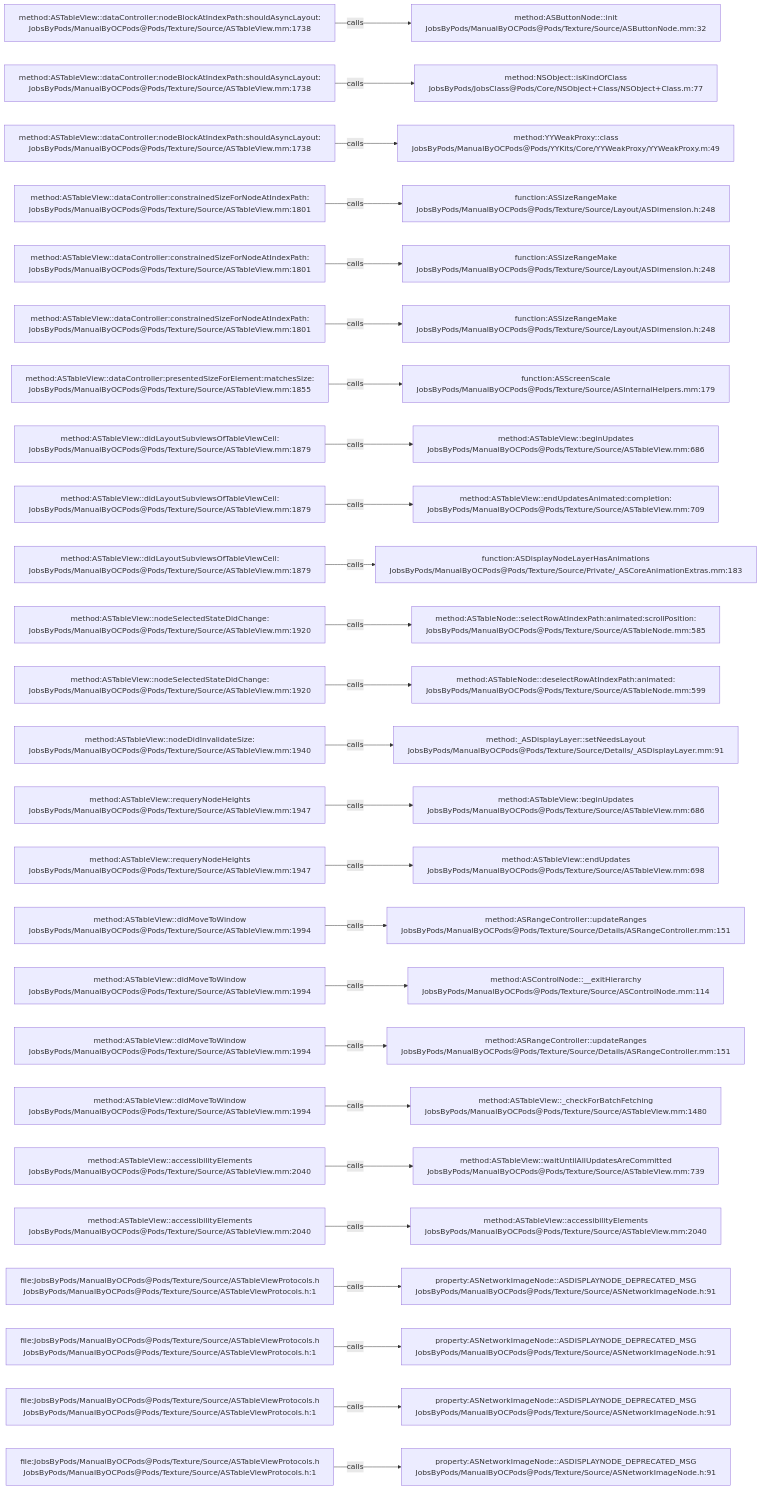
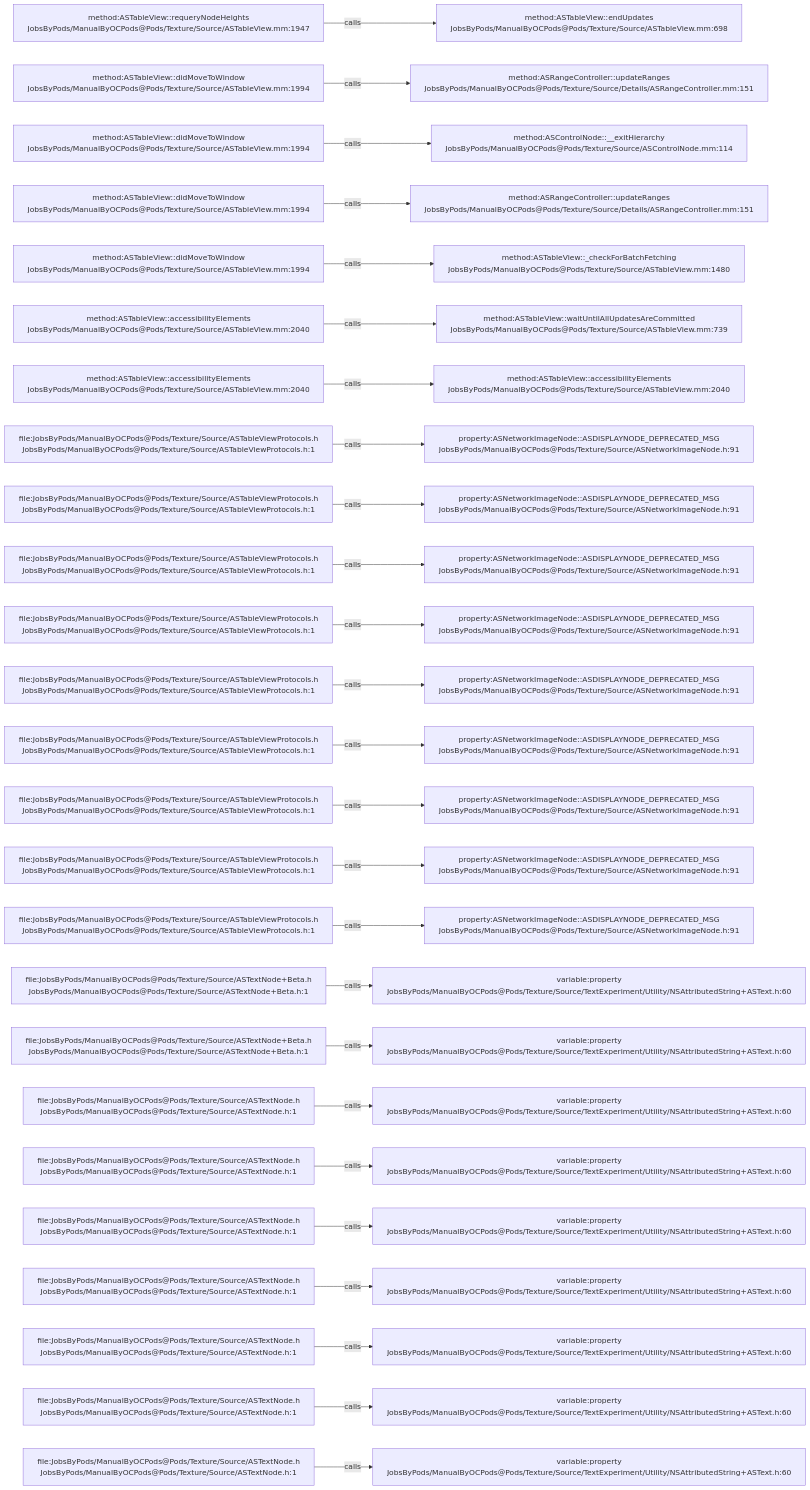
The diagram in .codegraph/codegraph.md/graphs/calls-133.md (JobsKits/JobsOCBaseConfigDemo), drawn with Mermaid before and after one commit. The commit also changed 296 other files, not shown here.

````diff
--- a/.codegraph/codegraph.md/graphs/calls-133.md
+++ b/.codegraph/codegraph.md/graphs/calls-133.md
@@ -13,78 +13,78 @@
 ```mermaid
 flowchart LR
-  S1["method:ASTableView::dataController:nodeBlockAtIndexPath:shouldAsyncLayout:<br/>JobsByPods/ManualByOCPods@Pods/Texture/Source/ASTableView.mm:1738"]
-  T1["method:ASButtonNode::init<br/>JobsByPods/ManualByOCPods@Pods/Texture/Source/ASButtonNode.mm:32"]
+  S1["method:ASTableView::requeryNodeHeights<br/>JobsByPods/ManualByOCPods@Pods/Texture/Source/ASTableView.mm:1947"]
+  T1["method:ASTableView::endUpdates<br/>JobsByPods/ManualByOCPods@Pods/Texture/Source/ASTableView.mm:698"]
   S1 -->|calls| T1
-  S2["method:ASTableView::dataController:nodeBlockAtIndexPath:shouldAsyncLayout:<br/>JobsByPods/ManualByOCPods@Pods/Texture/Source/ASTableView.mm:1738"]
-  T2["method:NSObject::isKindOfClass<br/>JobsByPods/JobsClass@Pods/Core/NSObject+Class/NSObject+Class.m:77"]
+  S2["method:ASTableView::didMoveToWindow<br/>JobsByPods/ManualByOCPods@Pods/Texture/Source/ASTableView.mm:1994"]
+  T2["method:ASRangeController::updateRanges<br/>JobsByPods/ManualByOCPods@Pods/Texture/Source/Details/ASRangeController.mm:151"]
   S2 -->|calls| T2
-  S3["method:ASTableView::dataController:nodeBlockAtIndexPath:shouldAsyncLayout:<br/>JobsByPods/ManualByOCPods@Pods/Texture/Source/ASTableView.mm:1738"]
-  T3["method:YYWeakProxy::class<br/>JobsByPods/ManualByOCPods@Pods/YYKits/Core/YYWeakProxy/YYWeakProxy.m:49"]
+  S3["method:ASTableView::didMoveToWindow<br/>JobsByPods/ManualByOCPods@Pods/Texture/Source/ASTableView.mm:1994"]
+  T3["method:ASControlNode::__exitHierarchy<br/>JobsByPods/ManualByOCPods@Pods/Texture/Source/ASControlNode.mm:114"]
   S3 -->|calls| T3
-  S4["method:ASTableView::dataController:constrainedSizeForNodeAtIndexPath:<br/>JobsByPods/ManualByOCPods@Pods/Texture/Source/ASTableView.mm:1801"]
-  T4["function:ASSizeRangeMake<br/>JobsByPods/ManualByOCPods@Pods/Texture/Source/Layout/ASDimension.h:248"]
+  S4["method:ASTableView::didMoveToWindow<br/>JobsByPods/ManualByOCPods@Pods/Texture/Source/ASTableView.mm:1994"]
+  T4["method:ASRangeController::updateRanges<br/>JobsByPods/ManualByOCPods@Pods/Texture/Source/Details/ASRangeController.mm:151"]
   S4 -->|calls| T4
-  S5["method:ASTableView::dataController:constrainedSizeForNodeAtIndexPath:<br/>JobsByPods/ManualByOCPods@Pods/Texture/Source/ASTableView.mm:1801"]
-  T5["function:ASSizeRangeMake<br/>JobsByPods/ManualByOCPods@Pods/Texture/Source/Layout/ASDimension.h:248"]
+  S5["method:ASTableView::didMoveToWindow<br/>JobsByPods/ManualByOCPods@Pods/Texture/Source/ASTableView.mm:1994"]
+  T5["method:ASTableView::_checkForBatchFetching<br/>JobsByPods/ManualByOCPods@Pods/Texture/Source/ASTableView.mm:1480"]
   S5 -->|calls| T5
-  S6["method:ASTableView::dataController:constrainedSizeForNodeAtIndexPath:<br/>JobsByPods/ManualByOCPods@Pods/Texture/Source/ASTableView.mm:1801"]
-  T6["function:ASSizeRangeMake<br/>JobsByPods/ManualByOCPods@Pods/Texture/Source/Layout/ASDimension.h:248"]
+  S6["method:ASTableView::accessibilityElements<br/>JobsByPods/ManualByOCPods@Pods/Texture/Source/ASTableView.mm:2040"]
+  T6["method:ASTableView::waitUntilAllUpdatesAreCommitted<br/>JobsByPods/ManualByOCPods@Pods/Texture/Source/ASTableView.mm:739"]
   S6 -->|calls| T6
-  S7["method:ASTableView::dataController:presentedSizeForElement:matchesSize:<br/>JobsByPods/ManualByOCPods@Pods/Texture/Source/ASTableView.mm:1855"]
-  T7["function:ASScreenScale<br/>JobsByPods/ManualByOCPods@Pods/Texture/Source/ASInternalHelpers.mm:179"]
+  S7["method:ASTableView::accessibilityElements<br/>JobsByPods/ManualByOCPods@Pods/Texture/Source/ASTableView.mm:2040"]
+  T7["method:ASTableView::accessibilityElements<br/>JobsByPods/ManualByOCPods@Pods/Texture/Source/ASTableView.mm:2040"]
   S7 -->|calls| T7
-  S8["method:ASTableView::didLayoutSubviewsOfTableViewCell:<br/>JobsByPods/ManualByOCPods@Pods/Texture/Source/ASTableView.mm:1879"]
-  T8["method:ASTableView::beginUpdates<br/>JobsByPods/ManualByOCPods@Pods/Texture/Source/ASTableView.mm:686"]
+  S8["file:JobsByPods/ManualByOCPods@Pods/Texture/Source/ASTableViewProtocols.h<br/>JobsByPods/ManualByOCPods@Pods/Texture/Source/ASTableViewProtocols.h:1"]
+  T8["property:ASNetworkImageNode::ASDISPLAYNODE_DEPRECATED_MSG<br/>JobsByPods/ManualByOCPods@Pods/Texture/Source/ASNetworkImageNode.h:91"]
   S8 -->|calls| T8
-  S9["method:ASTableView::didLayoutSubviewsOfTableViewCell:<br/>JobsByPods/ManualByOCPods@Pods/Texture/Source/ASTableView.mm:1879"]
-  T9["method:ASTableView::endUpdatesAnimated:completion:<br/>JobsByPods/ManualByOCPods@Pods/Texture/Source/ASTableView.mm:709"]
+  S9["file:JobsByPods/ManualByOCPods@Pods/Texture/Source/ASTableViewProtocols.h<br/>JobsByPods/ManualByOCPods@Pods/Texture/Source/ASTableViewProtocols.h:1"]
+  T9["property:ASNetworkImageNode::ASDISPLAYNODE_DEPRECATED_MSG<br/>JobsByPods/ManualByOCPods@Pods/Texture/Source/ASNetworkImageNode.h:91"]
   S9 -->|calls| T9
-  S10["method:ASTableView::didLayoutSubviewsOfTableViewCell:<br/>JobsByPods/ManualByOCPods@Pods/Texture/Source/ASTableView.mm:1879"]
-  T10["function:ASDisplayNodeLayerHasAnimations<br/>JobsByPods/ManualByOCPods@Pods/Texture/Source/Private/_ASCoreAnimationExtras.mm:183"]
+  S10["file:JobsByPods/ManualByOCPods@Pods/Texture/Source/ASTableViewProtocols.h<br/>JobsByPods/ManualByOCPods@Pods/Texture/Source/ASTableViewProtocols.h:1"]
+  T10["property:ASNetworkImageNode::ASDISPLAYNODE_DEPRECATED_MSG<br/>JobsByPods/ManualByOCPods@Pods/Texture/Source/ASNetworkImageNode.h:91"]
   S10 -->|calls| T10
-  S11["method:ASTableView::nodeSelectedStateDidChange:<br/>JobsByPods/ManualByOCPods@Pods/Texture/Source/ASTableView.mm:1920"]
-  T11["method:ASTableNode::selectRowAtIndexPath:animated:scrollPosition:<br/>JobsByPods/ManualByOCPods@Pods/Texture/Source/ASTableNode.mm:585"]
+  S11["file:JobsByPods/ManualByOCPods@Pods/Texture/Source/ASTableViewProtocols.h<br/>JobsByPods/ManualByOCPods@Pods/Texture/Source/ASTableViewProtocols.h:1"]
+  T11["property:ASNetworkImageNode::ASDISPLAYNODE_DEPRECATED_MSG<br/>JobsByPods/ManualByOCPods@Pods/Texture/Source/ASNetworkImageNode.h:91"]
   S11 -->|calls| T11
-  S12["method:ASTableView::nodeSelectedStateDidChange:<br/>JobsByPods/ManualByOCPods@Pods/Texture/Source/ASTableView.mm:1920"]
-  T12["method:ASTableNode::deselectRowAtIndexPath:animated:<br/>JobsByPods/ManualByOCPods@Pods/Texture/Source/ASTableNode.mm:599"]
+  S12["file:JobsByPods/ManualByOCPods@Pods/Texture/Source/ASTableViewProtocols.h<br/>JobsByPods/ManualByOCPods@Pods/Texture/Source/ASTableViewProtocols.h:1"]
+  T12["property:ASNetworkImageNode::ASDISPLAYNODE_DEPRECATED_MSG<br/>JobsByPods/ManualByOCPods@Pods/Texture/Source/ASNetworkImageNode.h:91"]
   S12 -->|calls| T12
-  S13["method:ASTableView::nodeDidInvalidateSize:<br/>JobsByPods/ManualByOCPods@Pods/Texture/Source/ASTableView.mm:1940"]
-  T13["method:_ASDisplayLayer::setNeedsLayout<br/>JobsByPods/ManualByOCPods@Pods/Texture/Source/Details/_ASDisplayLayer.mm:91"]
+  S13["file:JobsByPods/ManualByOCPods@Pods/Texture/Source/ASTableViewProtocols.h<br/>JobsByPods/ManualByOCPods@Pods/Texture/Source/ASTableViewProtocols.h:1"]
+  T13["property:ASNetworkImageNode::ASDISPLAYNODE_DEPRECATED_MSG<br/>JobsByPods/ManualByOCPods@Pods/Texture/Source/ASNetworkImageNode.h:91"]
   S13 -->|calls| T13
-  S14["method:ASTableView::requeryNodeHeights<br/>JobsByPods/ManualByOCPods@Pods/Texture/Source/ASTableView.mm:1947"]
-  T14["method:ASTableView::beginUpdates<br/>JobsByPods/ManualByOCPods@Pods/Texture/Source/ASTableView.mm:686"]
+  S14["file:JobsByPods/ManualByOCPods@Pods/Texture/Source/ASTableViewProtocols.h<br/>JobsByPods/ManualByOCPods@Pods/Texture/Source/ASTableViewProtocols.h:1"]
+  T14["property:ASNetworkImageNode::ASDISPLAYNODE_DEPRECATED_MSG<br/>JobsByPods/ManualByOCPods@Pods/Texture/Source/ASNetworkImageNode.h:91"]
   S14 -->|calls| T14
-  S15["method:ASTableView::requeryNodeHeights<br/>JobsByPods/ManualByOCPods@Pods/Texture/Source/ASTableView.mm:1947"]
-  T15["method:ASTableView::endUpdates<br/>JobsByPods/ManualByOCPods@Pods/Texture/Source/ASTableView.mm:698"]
+  S15["file:JobsByPods/ManualByOCPods@Pods/Texture/Source/ASTableViewProtocols.h<br/>JobsByPods/ManualByOCPods@Pods/Texture/Source/ASTableViewProtocols.h:1"]
+  T15["property:ASNetworkImageNode::ASDISPLAYNODE_DEPRECATED_MSG<br/>JobsByPods/ManualByOCPods@Pods/Texture/Source/ASNetworkImageNode.h:91"]
   S15 -->|calls| T15
-  S16["method:ASTableView::didMoveToWindow<br/>JobsByPods/ManualByOCPods@Pods/Texture/Source/ASTableView.mm:1994"]
-  T16["method:ASRangeController::updateRanges<br/>JobsByPods/ManualByOCPods@Pods/Texture/Source/Details/ASRangeController.mm:151"]
+  S16["file:JobsByPods/ManualByOCPods@Pods/Texture/Source/ASTableViewProtocols.h<br/>JobsByPods/ManualByOCPods@Pods/Texture/Source/ASTableViewProtocols.h:1"]
+  T16["property:ASNetworkImageNode::ASDISPLAYNODE_DEPRECATED_MSG<br/>JobsByPods/ManualByOCPods@Pods/Texture/Source/ASNetworkImageNode.h:91"]
   S16 -->|calls| T16
-  S17["method:ASTableView::didMoveToWindow<br/>JobsByPods/ManualByOCPods@Pods/Texture/Source/ASTableView.mm:1994"]
-  T17["method:ASControlNode::__exitHierarchy<br/>JobsByPods/ManualByOCPods@Pods/Texture/Source/ASControlNode.mm:114"]
+  S17["file:JobsByPods/ManualByOCPods@Pods/Texture/Source/ASTextNode+Beta.h<br/>JobsByPods/ManualByOCPods@Pods/Texture/Source/ASTextNode+Beta.h:1"]
+  T17["variable:property<br/>JobsByPods/ManualByOCPods@Pods/Texture/Source/TextExperiment/Utility/NSAttributedString+ASText.h:60"]
   S17 -->|calls| T17
-  S18["method:ASTableView::didMoveToWindow<br/>JobsByPods/ManualByOCPods@Pods/Texture/Source/ASTableView.mm:1994"]
-  T18["method:ASRangeController::updateRanges<br/>JobsByPods/ManualByOCPods@Pods/Texture/Source/Details/ASRangeController.mm:151"]
+  S18["file:JobsByPods/ManualByOCPods@Pods/Texture/Source/ASTextNode+Beta.h<br/>JobsByPods/ManualByOCPods@Pods/Texture/Source/ASTextNode+Beta.h:1"]
+  T18["variable:property<br/>JobsByPods/ManualByOCPods@Pods/Texture/Source/TextExperiment/Utility/NSAttributedString+ASText.h:60"]
   S18 -->|calls| T18
-  S19["method:ASTableView::didMoveToWindow<br/>JobsByPods/ManualByOCPods@Pods/Texture/Source/ASTableView.mm:1994"]
-  T19["method:ASTableView::_checkForBatchFetching<br/>JobsByPods/ManualByOCPods@Pods/Texture/Source/ASTableView.mm:1480"]
+  S19["file:JobsByPods/ManualByOCPods@Pods/Texture/Source/ASTextNode.h<br/>JobsByPods/ManualByOCPods@Pods/Texture/Source/ASTextNode.h:1"]
+  T19["variable:property<br/>JobsByPods/ManualByOCPods@Pods/Texture/Source/TextExperiment/Utility/NSAttributedString+ASText.h:60"]
   S19 -->|calls| T19
-  S20["method:ASTableView::accessibilityElements<br/>JobsByPods/ManualByOCPods@Pods/Texture/Source/ASTableView.mm:2040"]
-  T20["method:ASTableView::waitUntilAllUpdatesAreCommitted<br/>JobsByPods/ManualByOCPods@Pods/Texture/Source/ASTableView.mm:739"]
+  S20["file:JobsByPods/ManualByOCPods@Pods/Texture/Source/ASTextNode.h<br/>JobsByPods/ManualByOCPods@Pods/Texture/Source/ASTextNode.h:1"]
+  T20["variable:property<br/>JobsByPods/ManualByOCPods@Pods/Texture/Source/TextExperiment/Utility/NSAttributedString+ASText.h:60"]
   S20 -->|calls| T20
-  S21["method:ASTableView::accessibilityElements<br/>JobsByPods/ManualByOCPods@Pods/Texture/Source/ASTableView.mm:2040"]
-  T21["method:ASTableView::accessibilityElements<br/>JobsByPods/ManualByOCPods@Pods/Texture/Source/ASTableView.mm:2040"]
+  S21["file:JobsByPods/ManualByOCPods@Pods/Texture/Source/ASTextNode.h<br/>JobsByPods/ManualByOCPods@Pods/Texture/Source/ASTextNode.h:1"]
+  T21["variable:property<br/>JobsByPods/ManualByOCPods@Pods/Texture/Source/TextExperiment/Utility/NSAttributedString+ASText.h:60"]
   S21 -->|calls| T21
-  S22["file:JobsByPods/ManualByOCPods@Pods/Texture/Source/ASTableViewProtocols.h<br/>JobsByPods/ManualByOCPods@Pods/Texture/Source/ASTableViewProtocols.h:1"]
-  T22["property:ASNetworkImageNode::ASDISPLAYNODE_DEPRECATED_MSG<br/>JobsByPods/ManualByOCPods@Pods/Texture/Source/ASNetworkImageNode.h:91"]
+  S22["file:JobsByPods/ManualByOCPods@Pods/Texture/Source/ASTextNode.h<br/>JobsByPods/ManualByOCPods@Pods/Texture/Source/ASTextNode.h:1"]
+  T22["variable:property<br/>JobsByPods/ManualByOCPods@Pods/Texture/Source/TextExperiment/Utility/NSAttributedString+ASText.h:60"]
   S22 -->|calls| T22
-  S23["file:JobsByPods/ManualByOCPods@Pods/Texture/Source/ASTableViewProtocols.h<br/>JobsByPods/ManualByOCPods@Pods/Texture/Source/ASTableViewProtocols.h:1"]
-  T23["property:ASNetworkImageNode::ASDISPLAYNODE_DEPRECATED_MSG<br/>JobsByPods/ManualByOCPods@Pods/Texture/Source/ASNetworkImageNode.h:91"]
+  S23["file:JobsByPods/ManualByOCPods@Pods/Texture/Source/ASTextNode.h<br/>JobsByPods/ManualByOCPods@Pods/Texture/Source/ASTextNode.h:1"]
+  T23["variable:property<br/>JobsByPods/ManualByOCPods@Pods/Texture/Source/TextExperiment/Utility/NSAttributedString+ASText.h:60"]
   S23 -->|calls| T23
-  S24["file:JobsByPods/ManualByOCPods@Pods/Texture/Source/ASTableViewProtocols.h<br/>JobsByPods/ManualByOCPods@Pods/Texture/Source/ASTableViewProtocols.h:1"]
-  T24["property:ASNetworkImageNode::ASDISPLAYNODE_DEPRECATED_MSG<br/>JobsByPods/ManualByOCPods@Pods/Texture/Source/ASNetworkImageNode.h:91"]
+  S24["file:JobsByPods/ManualByOCPods@Pods/Texture/Source/ASTextNode.h<br/>JobsByPods/ManualByOCPods@Pods/Texture/Source/ASTextNode.h:1"]
+  T24["variable:property<br/>JobsByPods/ManualByOCPods@Pods/Texture/Source/TextExperiment/Utility/NSAttributedString+ASText.h:60"]
   S24 -->|calls| T24
-  S25["file:JobsByPods/ManualByOCPods@Pods/Texture/Source/ASTableViewProtocols.h<br/>JobsByPods/ManualByOCPods@Pods/Texture/Source/ASTableViewProtocols.h:1"]
-  T25["property:ASNetworkImageNode::ASDISPLAYNODE_DEPRECATED_MSG<br/>JobsByPods/ManualByOCPods@Pods/Texture/Source/ASNetworkImageNode.h:91"]
+  S25["file:JobsByPods/ManualByOCPods@Pods/Texture/Source/ASTextNode.h<br/>JobsByPods/ManualByOCPods@Pods/Texture/Source/ASTextNode.h:1"]
+  T25["variable:property<br/>JobsByPods/ManualByOCPods@Pods/Texture/Source/TextExperiment/Utility/NSAttributedString+ASText.h:60"]
   S25 -->|calls| T25
 ```
````
